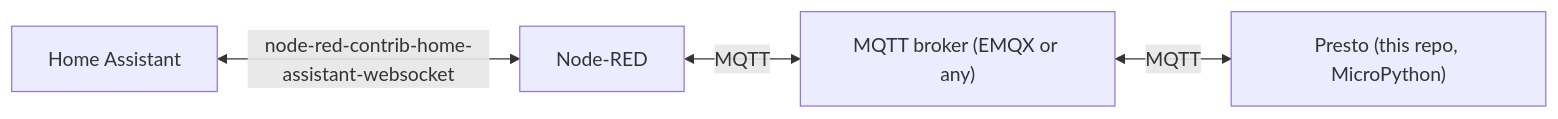
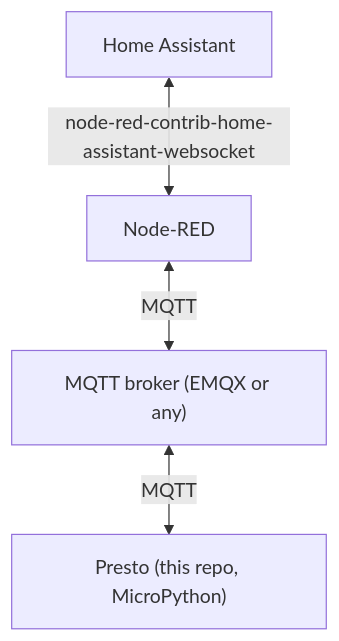
The diagram in README.md (tbjers/Presto-HomeAssistant-Dashboard), drawn with Mermaid before and after one commit.

Commit message:
Make README architecture diagram vertical (TD)

````diff
--- a/README.md
+++ b/README.md
@@ -19,6 +19,6 @@
 ```mermaid
-flowchart LR
+flowchart TD
     HA["Home Assistant"] <-->|node-red-contrib-home-assistant-websocket| NR["Node-RED"]
     NR <-->|MQTT| Broker["MQTT broker (EMQX or any)"]
     Broker <-->|MQTT| Presto["Presto (this repo, MicroPython)"]
 ```
````
